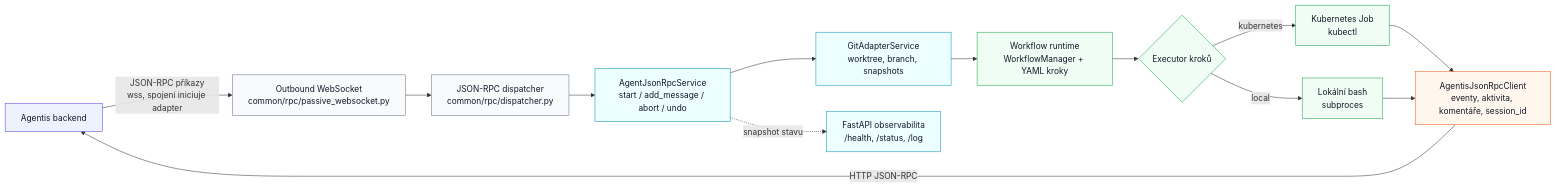
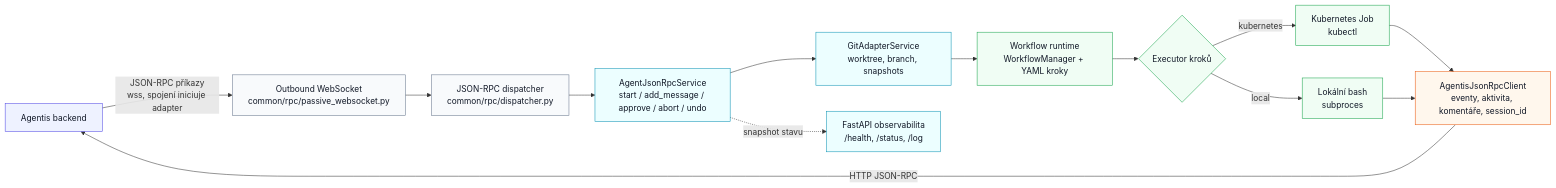
One commit to ondrejnov/agentis-adapter changed the diagram in docs/adapter.md. Above: the diagram before and after it, drawn with Mermaid. The commit also changed other lines of this file and 18 other files, not shown here.

Commit message:
Implement synchronous 'approve' JSON-RPC method with approval workflow support

````diff
--- a/docs/adapter.md
+++ b/docs/adapter.md
@@ -22,35 +22,35 @@
 ```mermaid
 flowchart LR
     agentis["Agentis backend"]
     websocket["Outbound WebSocket<br/>common/rpc/passive_websocket.py"]
     dispatcher["JSON-RPC dispatcher<br/>common/rpc/dispatcher.py"]
-    service["AgentJsonRpcService<br/>start / add_message / abort / undo"]
+    service["AgentJsonRpcService<br/>start / add_message / approve / abort / undo"]
     git["GitAdapterService<br/>worktree, branch, snapshots"]
     workflow["Workflow runtime<br/>WorkflowManager + YAML kroky"]
     executor{"Executor kroků"}
     k8s["Kubernetes Job<br/>kubectl"]
     bash["Lokální bash<br/>subproces"]
     reporting["AgentisJsonRpcClient<br/>eventy, aktivita, komentáře, session_id"]
     status["FastAPI observabilita<br/>/health, /status, /log"]
 
     agentis -->|"JSON-RPC příkazy<br/>wss, spojení iniciuje adapter"| websocket
     websocket --> dispatcher --> service --> git --> workflow
     workflow --> executor
     executor -->|"kubernetes"| k8s
     executor -->|"local"| bash
     k8s --> reporting
     bash --> reporting
     reporting -->|"HTTP JSON-RPC"| agentis
     service -.->|"snapshot stavu"| status
 
     classDef external fill:#eef2ff,stroke:#4f46e5,color:#111827
     classDef transport fill:#f8fafc,stroke:#64748b,color:#111827
     classDef adapter fill:#ecfeff,stroke:#0891b2,color:#111827
     classDef runtime fill:#f0fdf4,stroke:#16a34a,color:#111827
     classDef report fill:#fff7ed,stroke:#ea580c,color:#111827
     class agentis external
     class websocket,dispatcher transport
     class service,git,status adapter
     class workflow,executor,k8s,bash runtime
     class reporting report
 ```
````
